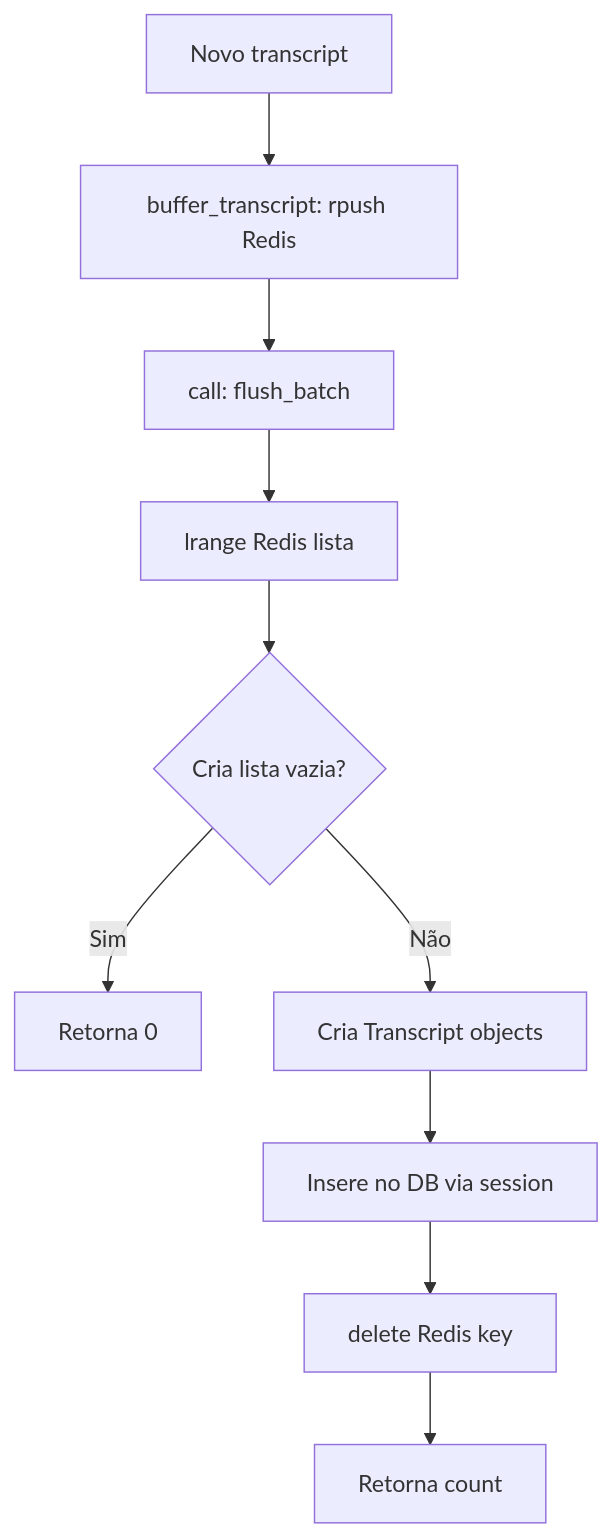
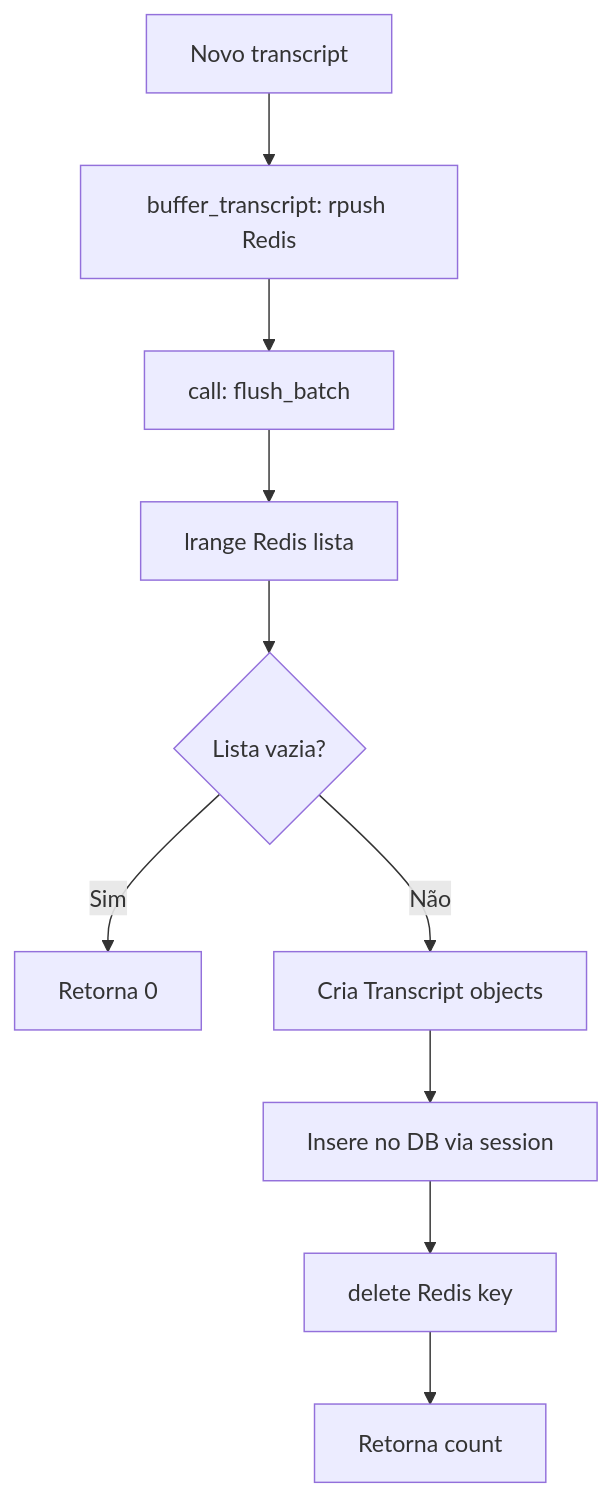
The third of 4 diagrams in _reversa_sdd/flowcharts/workers-flow.md (daniel-scalioni/zenith-voip), drawn with Mermaid before and after one commit. The commit also changed other lines of this file and 92 other files, not shown here.

Commit message:
docs: update architecture and design documentation including new ADRs for local audio storage and in-memory checkpointing, plus initial specs for SMB audio backup and sidecar tasks.

````diff
--- a/_reversa_sdd/flowcharts/workers-flow.md
+++ b/_reversa_sdd/flowcharts/workers-flow.md
@@ -22,12 +56,12 @@
 ```mermaid
 flowchart TD
     A[Novo transcript] --> B[buffer_transcript: rpush Redis]
     B --> C[call: flush_batch]
     C --> D[lrange Redis lista]
-    D --> E{Cria lista vazia?}
+    D --> E{Lista vazia?}
     E -->|Sim| F[Retorna 0]
     E -->|Não| G[Cria Transcript objects]
     G --> H[Insere no DB via session]
     H --> I[delete Redis key]
     I --> J[Retorna count]
 ```
````
